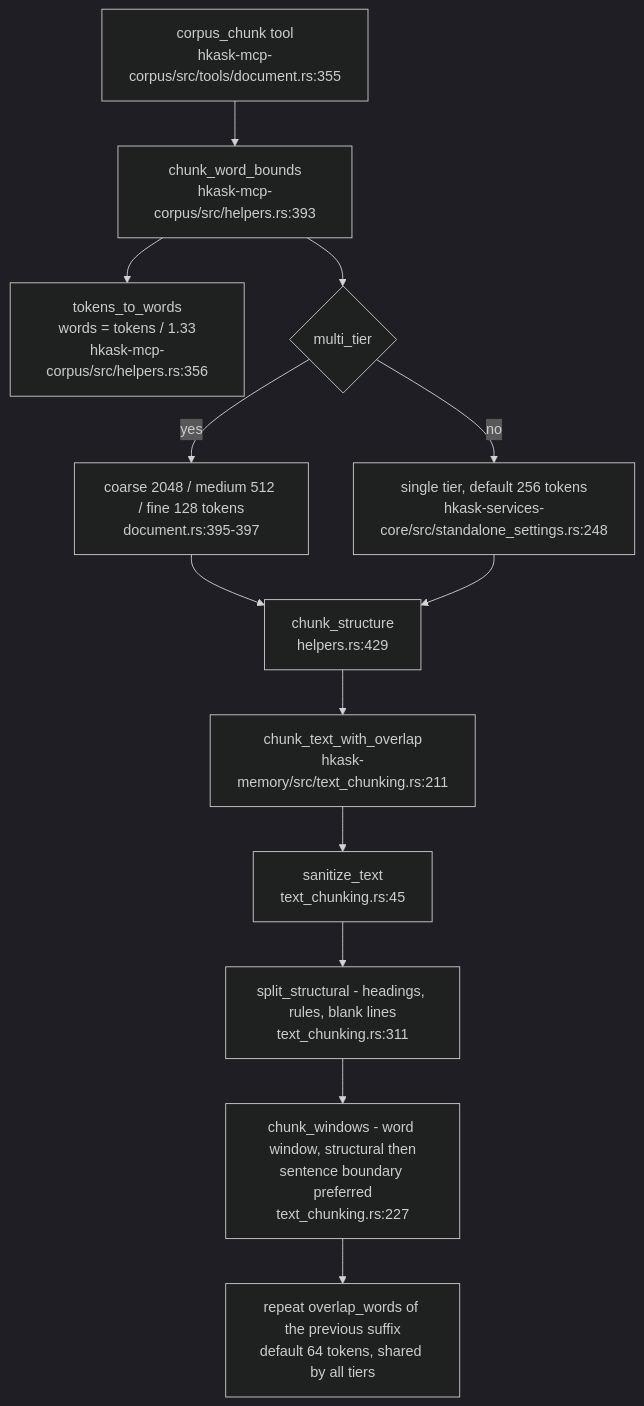
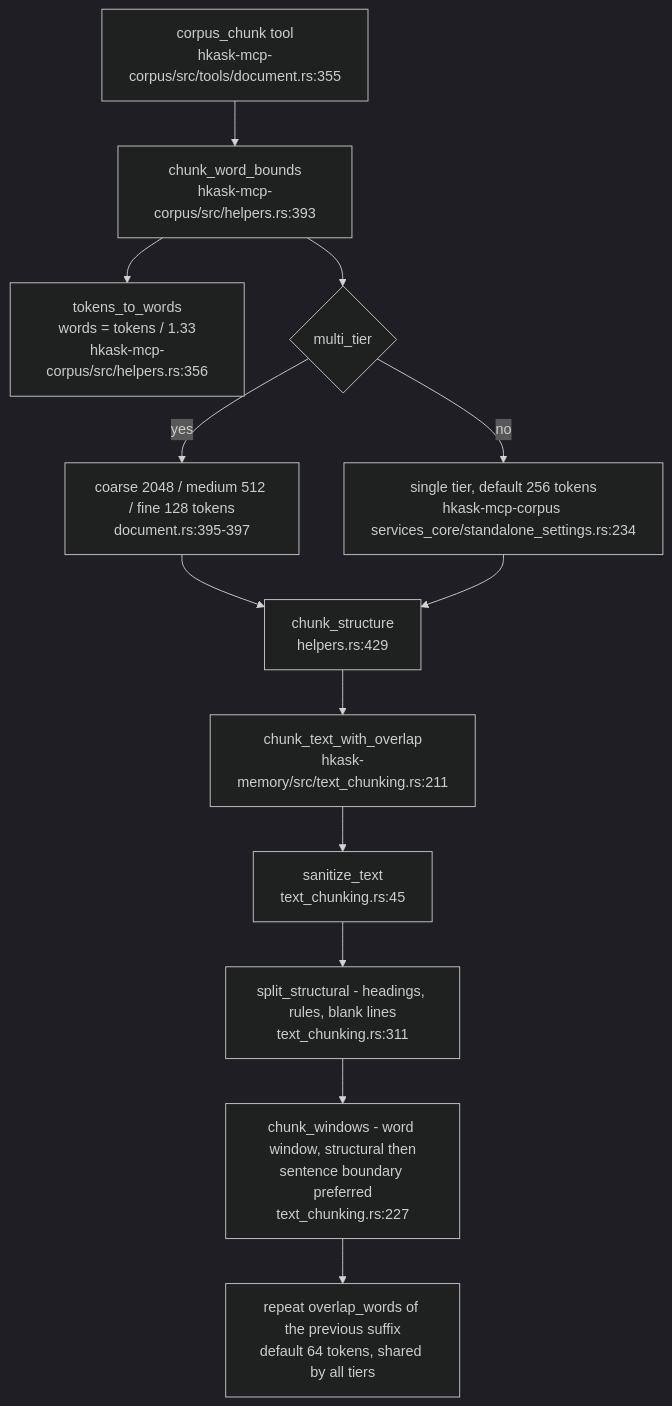
The second of 2 diagrams in kask/docs/research/chunking-for-rag-research.md (mdz-axo/zed-kask), drawn with Mermaid (dark theme) before and after one commit. The commit also changed other lines of this file and 24 other files, not shown here.

````diff
--- a/kask/docs/research/chunking-for-rag-research.md
+++ b/kask/docs/research/chunking-for-rag-research.md
@@ -182,15 +182,15 @@
 ```mermaid
 flowchart TD
     A[corpus_chunk tool<br/>hkask-mcp-corpus/src/tools/document.rs:355] --> B[chunk_word_bounds<br/>hkask-mcp-corpus/src/helpers.rs:393]
     B --> C[tokens_to_words<br/>words = tokens / 1.33<br/>hkask-mcp-corpus/src/helpers.rs:356]
     B --> D{multi_tier}
     D -->|yes| E[coarse 2048 / medium 512 / fine 128 tokens<br/>document.rs:395-397]
-    D -->|no| F[single tier, default 256 tokens<br/>hkask-services-core/src/standalone_settings.rs:248]
+    D -->|no| F[single tier, default 256 tokens<br/>hkask-mcp-corpus services_core/standalone_settings.rs:234]
     E --> G[chunk_structure<br/>helpers.rs:429]
     F --> G
     G --> H[chunk_text_with_overlap<br/>hkask-memory/src/text_chunking.rs:211]
     H --> I[sanitize_text<br/>text_chunking.rs:45]
     I --> J[split_structural - headings, rules, blank lines<br/>text_chunking.rs:311]
     J --> K[chunk_windows - word window, structural then<br/>sentence boundary preferred<br/>text_chunking.rs:227]
     K --> L[repeat overlap_words of the previous suffix<br/>default 64 tokens, shared by all tiers]
 ```
````
